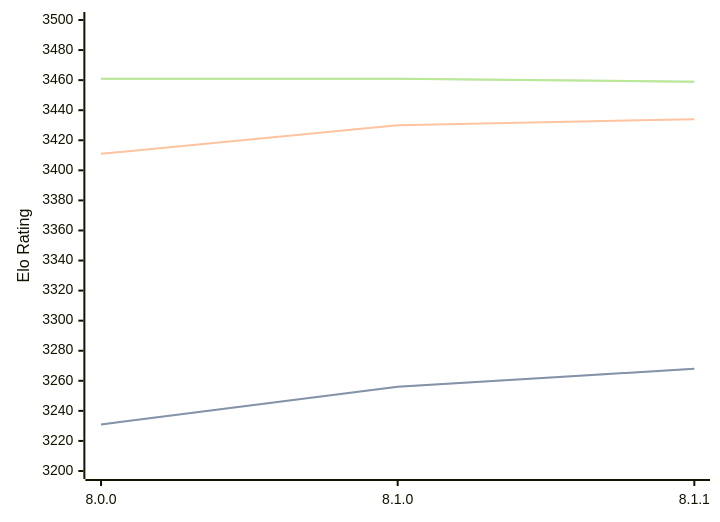
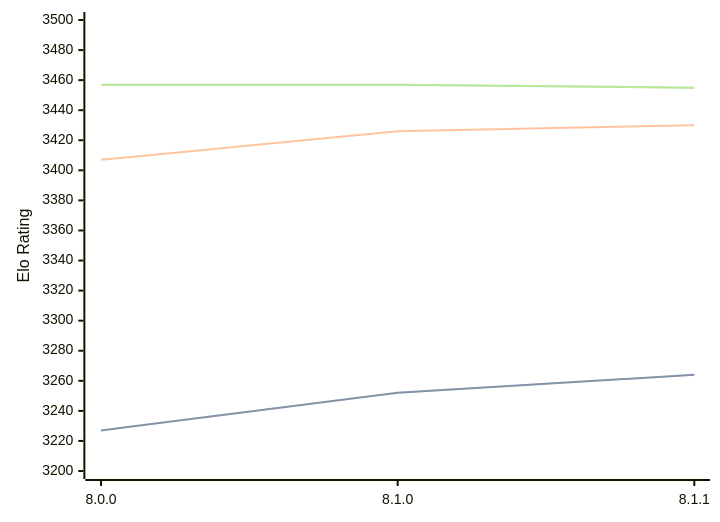
Before and after one commit to computer-chess-index/cci: the first of 3 diagrams in engines/Velvet.md, drawn with Mermaid. The commit also changed other lines of this file, not shown here.

Commit message:
Update CCI Ratings (ELO VLTC) - 2026-07-16

````diff
--- a/engines/Velvet.md
+++ b/engines/Velvet.md
@@ -57,11 +57,11 @@
 ```mermaid
 %%{init: {"theme":"base","themeVariables":{"seriesColors:['#a3a3a3','#222221','#faa371']}}}%%
 xychart-beta
   x-axis ["8.0.0", "8.1.0", "8.1.1"]
   y-axis "Elo Rating" 3200 --> 3500
-  line "STC (8.0+0.08s)" [3231, 3256, 3268]
-  line "STC (8.0+0.08s)" [3231, 3256, 3268]
-  line "LTC (60.0+0.60s)" [3411, 3430, 3434]
-  line "VLTC (2m24s+1.12s)" [3461, 3461, 3459]
-  line "VLTC (2m24s+1.12s)" [3461, 3461, 3459]
+  line "STC (8.0+0.08s)" [3227, 3252, 3264]
+  line "STC (8.0+0.08s)" [3227, 3252, 3264]
+  line "LTC (60.0+0.60s)" [3407, 3426, 3430]
+  line "VLTC (2m24s+1.12s)" [3457, 3457, 3455]
+  line "VLTC (2m24s+1.12s)" [3457, 3457, 3455]
 ```
````
